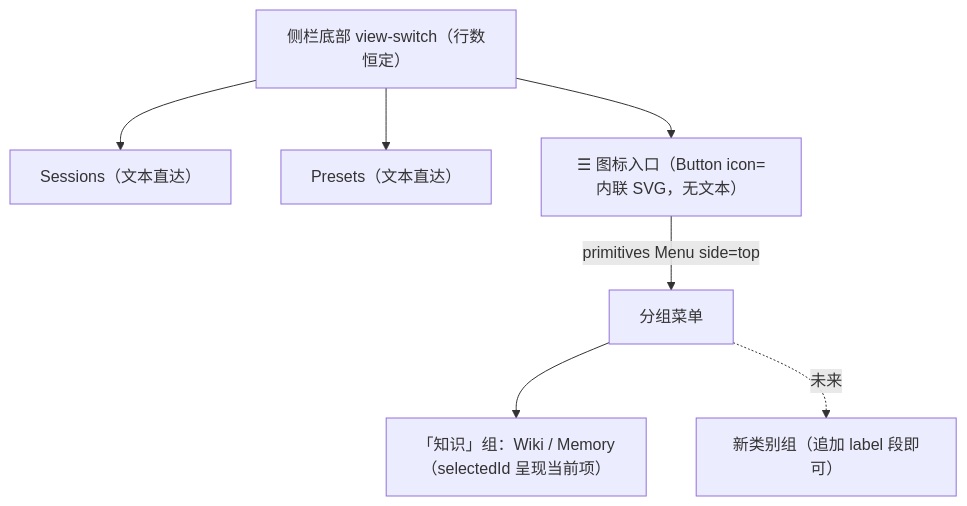
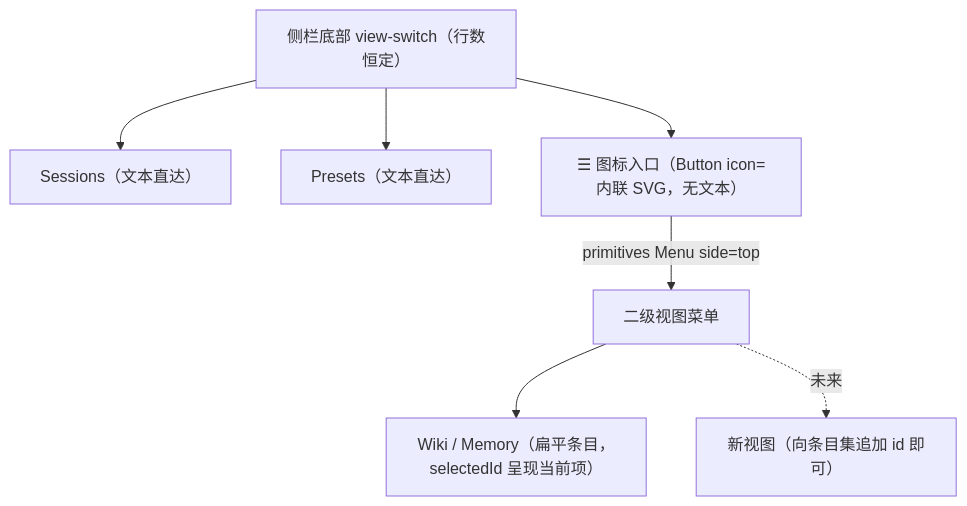
The diagram in specs/072-web-nav-redesign/spec.md (LiuKexin255/dominion), drawn with Mermaid before and after one commit. The commit also changed other lines of this file and 6 other files, not shown here.

````diff
--- a/specs/072-web-nav-redesign/spec.md
+++ b/specs/072-web-nav-redesign/spec.md
@@ -30,9 +34,9 @@
 ```mermaid
 flowchart TD
     vs["侧栏底部 view-switch（行数恒定）"] --> b1["Sessions（文本直达）"]
     vs --> b2["Presets（文本直达）"]
     vs --> b3["☰ 图标入口（Button icon=内联 SVG，无文本）"]
-    b3 -- "primitives Menu side=top" --> m["分组菜单"]
-    m --> g1["「知识」组：Wiki / Memory（selectedId 呈现当前项）"]
-    m -. "未来" .-> g2["新类别组（追加 label 段即可）"]
+    b3 -- "primitives Menu side=top" --> m["二级视图菜单"]
+    m --> g1["Wiki / Memory（扁平条目，selectedId 呈现当前项）"]
+    m -. "未来" .-> g2["新视图（向条目集追加 id 即可）"]
 ```
````
